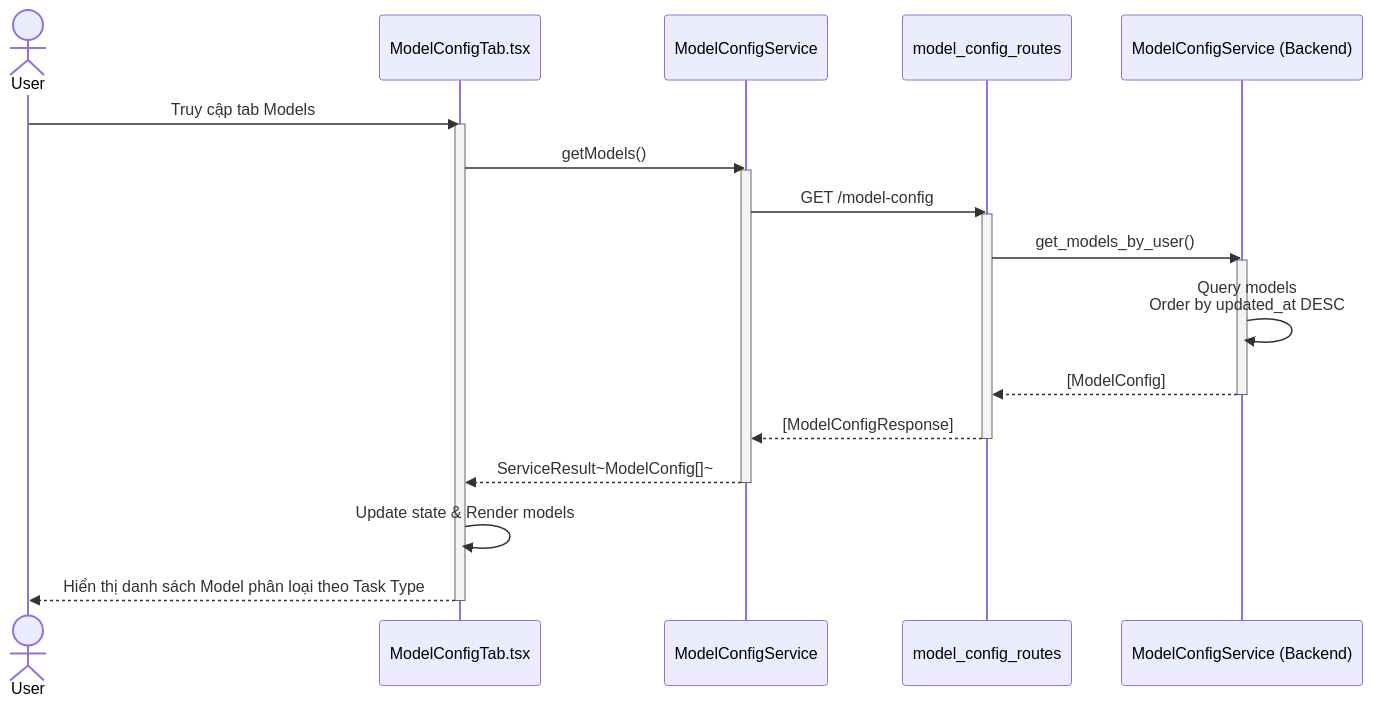
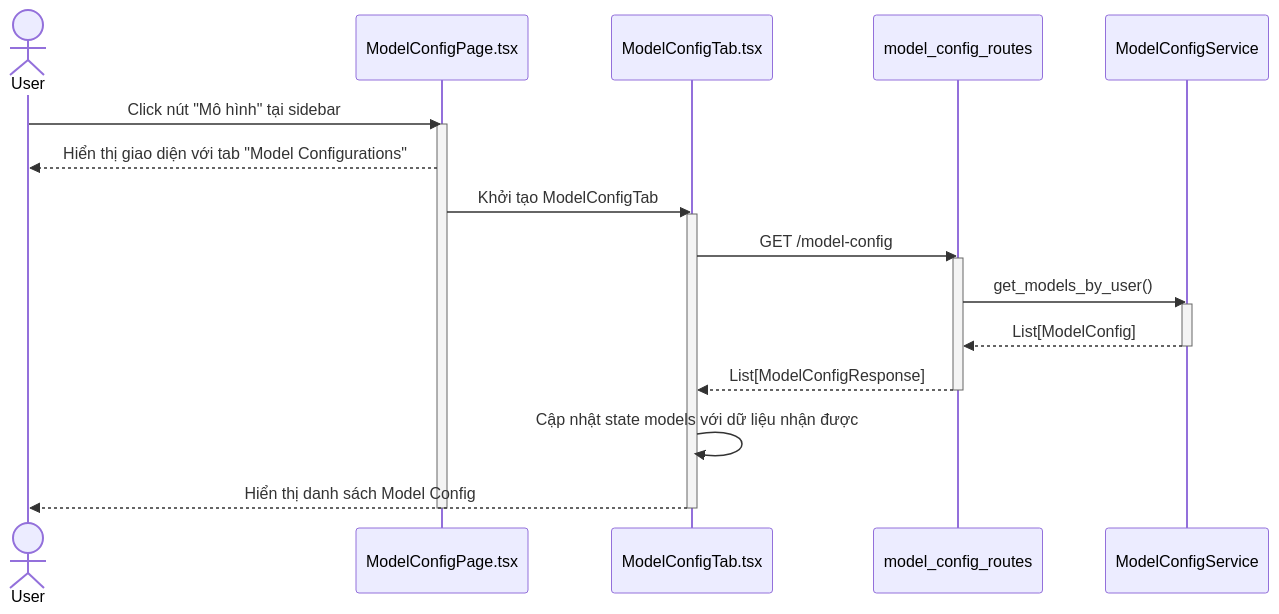
Before and after one commit to mduc-2610/gp_doc: the first of 10 diagrams in model_config/4_model_config_seq.md, drawn with Mermaid. The commit also changed other lines of this file and 12 other files, not shown here.

Commit message:
refactor scenario and sequence

````diff
--- a/model_config/4_model_config_seq.md
+++ b/model_config/4_model_config_seq.md
@@ -5,35 +5,33 @@
 ```mermaid
 sequenceDiagram
     actor User
+    participant ModelConfigPage as ModelConfigPage.tsx
     participant ModelConfigTab as ModelConfigTab.tsx
+    participant ModelConfigRoutes as model_config_routes
     participant ModelConfigService as ModelConfigService
-    participant ModelConfigRoutes as model_config_routes
-    participant ModelConfigBackendService as ModelConfigService (Backend)
 
-    User->>ModelConfigTab: Truy cập tab Models
+    User->>ModelConfigPage: Click nút "Mô hình" tại sidebar
+    activate ModelConfigPage
+    
+    ModelConfigPage-->>User: Hiển thị giao diện với tab "Model Configurations"
+    
+    ModelConfigPage->>ModelConfigTab: Khởi tạo ModelConfigTab
     activate ModelConfigTab
     
-    ModelConfigTab->>ModelConfigService: getModels()
+    ModelConfigTab->>ModelConfigRoutes: GET /model-config
+    activate ModelConfigRoutes
+    
+    ModelConfigRoutes->>ModelConfigService: get_models_by_user()
     activate ModelConfigService
     
-    ModelConfigService->>ModelConfigRoutes: GET /model-config
-    activate ModelConfigRoutes
+    ModelConfigService-->>ModelConfigRoutes: List[ModelConfig]
+    deactivate ModelConfigService
     
-    ModelConfigRoutes->>ModelConfigBackendService: get_models_by_user()
-    activate ModelConfigBackendService
-    
-    ModelConfigBackendService->>ModelConfigBackendService: Query models<br/>Order by updated_at DESC
-    
-    ModelConfigBackendService-->>ModelConfigRoutes: [ModelConfig]
-    deactivate ModelConfigBackendService
-    
-    ModelConfigRoutes-->>ModelConfigService: [ModelConfigResponse]
+    ModelConfigRoutes-->>ModelConfigTab: List[ModelConfigResponse]
     deactivate ModelConfigRoutes
     
-    ModelConfigService-->>ModelConfigTab: ServiceResult~ModelConfig[]~
-    deactivate ModelConfigService
-    
-    ModelConfigTab->>ModelConfigTab: Update state & Render models
-    ModelConfigTab-->>User: Hiển thị danh sách Model phân loại theo Task Type
+    ModelConfigTab->>ModelConfigTab: Cập nhật state models với dữ liệu nhận được
+    ModelConfigTab-->>User: Hiển thị danh sách Model Config
     deactivate ModelConfigTab
+    deactivate ModelConfigPage
 ```
````
